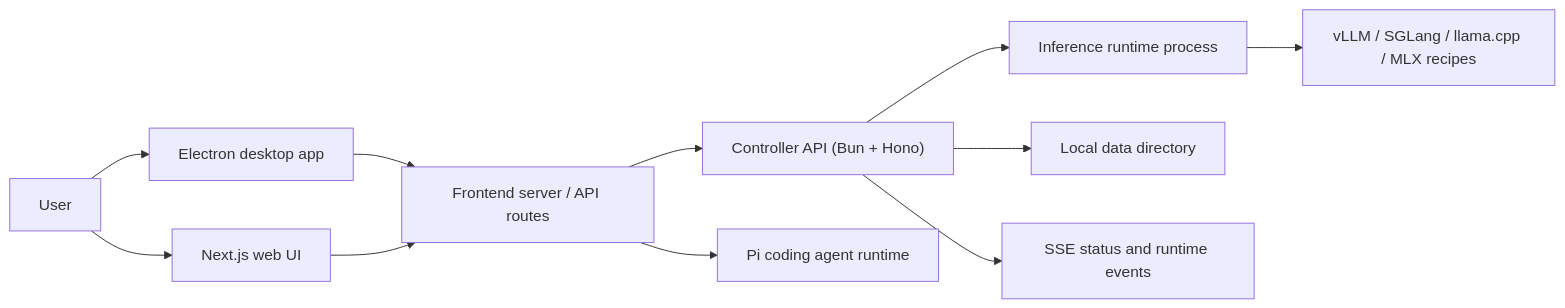
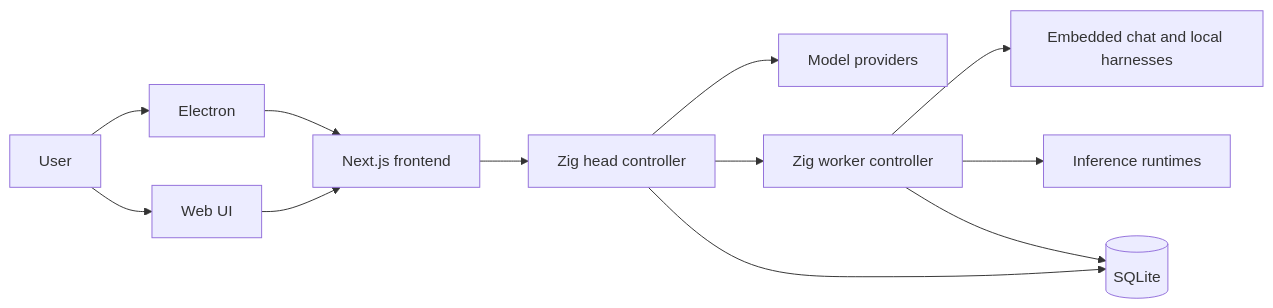
Before and after one commit to jake-molnia/local-studio: the diagram in README.md, drawn with Mermaid. The commit also changed other lines of this file and 9 other files, not shown here.

Commit message:
docs(controller): document canonical zig architecture

````diff
--- a/README.md
+++ b/README.md
@@ -52,14 +24,14 @@
 ```mermaid
 flowchart LR
-    User["User"] --> Desktop["Electron desktop app"]
-    User --> Web["Next.js web UI"]
-    Desktop --> Frontend["Frontend server / API routes"]
+    User[User] --> Electron[Electron]
+    User --> Web[Web UI]
+    Electron --> Frontend[Next.js frontend]
     Web --> Frontend
-    Frontend --> Controller["Controller API (Bun + Hono)"]
-
-    Controller --> Runtime["Inference runtime process"]
-    Runtime --> Backends["vLLM / SGLang / llama.cpp / MLX recipes"]
-    Controller --> Data["Local data directory"]
-    Controller --> Events["SSE status and runtime events"]
-    Frontend --> Agent["Pi coding agent runtime"]
+    Frontend --> Head[Zig head controller]
+    Head --> Providers[Model providers]
+    Head --> Worker[Zig worker controller]
+    Worker --> Harnesses[Embedded chat and local harnesses]
+    Worker --> Runtime[Inference runtimes]
+    Head --> Database[(SQLite)]
+    Worker --> Database
 ```
````
